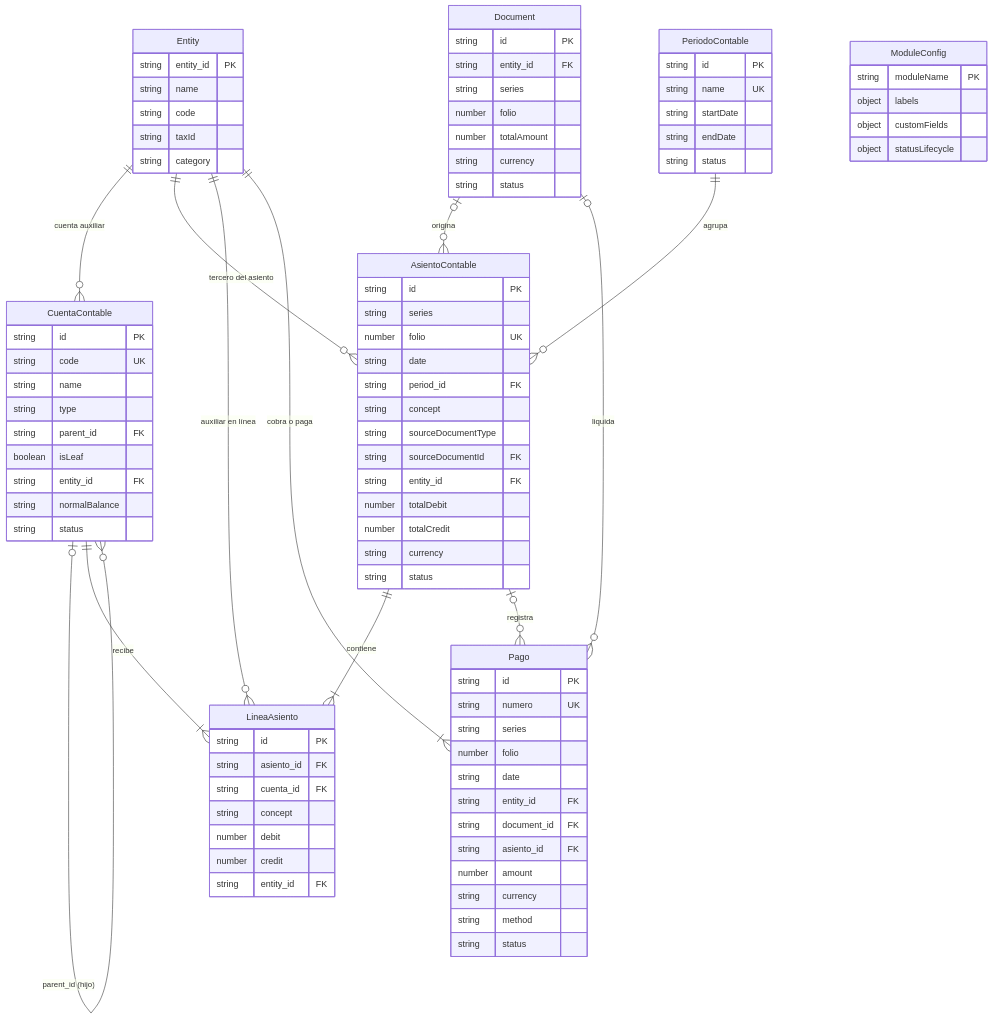
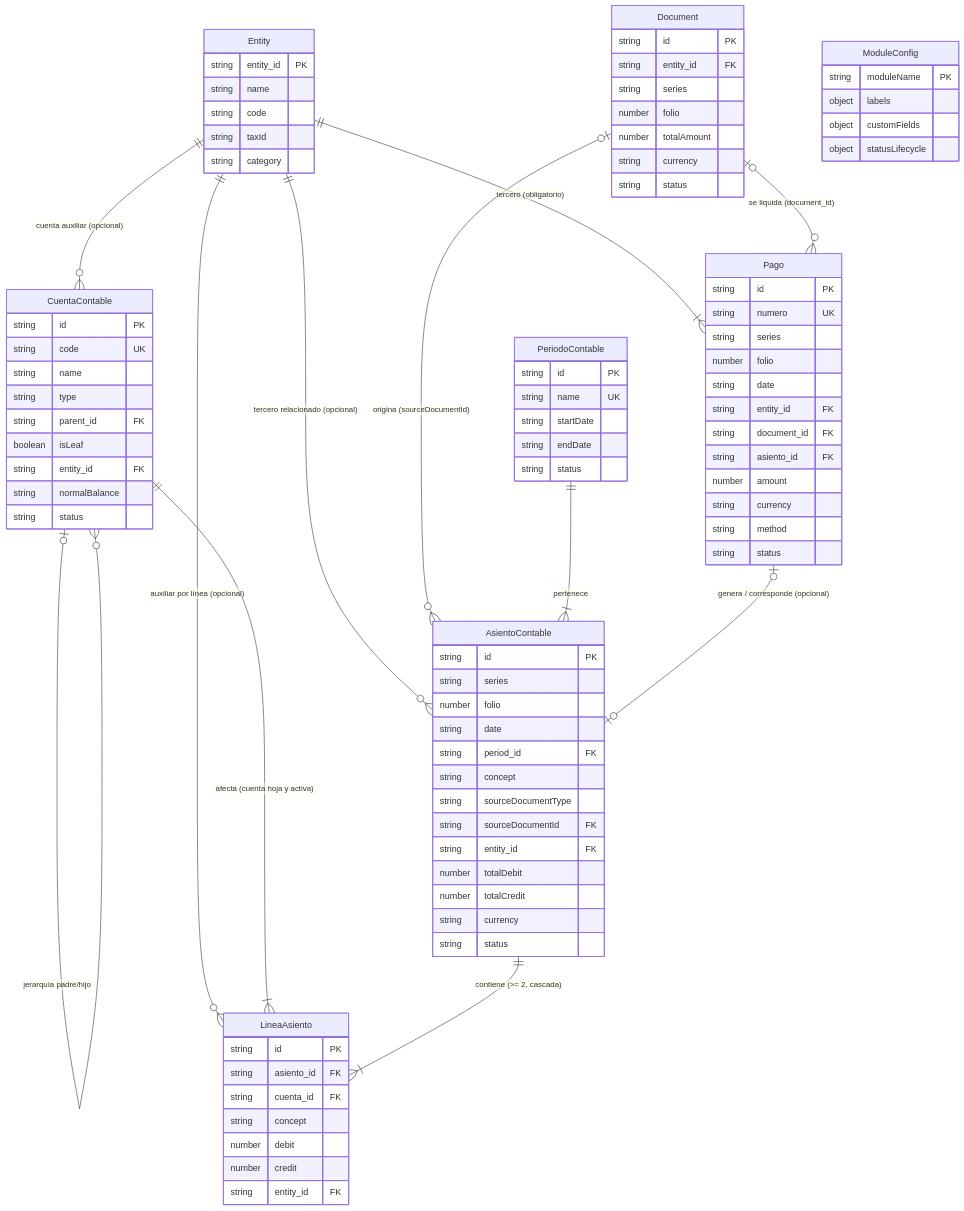
One commit to MDS-BI/Grupo-17 changed the diagram in specs/002-contabilidad-finanzas/er-diagram.md. Above: the diagram before and after it, drawn with Mermaid. The commit also changed other lines of this file and 2 other files, not shown here.

Commit message:
feat: agregar diagrama entidad-relacion para contabilidad

````diff
--- a/specs/002-contabilidad-finanzas/er-diagram.md
+++ b/specs/002-contabilidad-finanzas/er-diagram.md
@@ -7,16 +11,16 @@
 ```mermaid
 erDiagram
-    Entity ||--o{ CuentaContable : "cuenta auxiliar"
-    Entity ||--o{ AsientoContable : "tercero del asiento"
-    Entity ||--o{ LineaAsiento : "auxiliar en línea"
-    Entity ||--|{ Pago : "cobra o paga"
-    Document |o--o{ AsientoContable : "origina"
-    Document |o--o{ Pago : "liquida"
-    PeriodoContable ||--o{ AsientoContable : "agrupa"
-    CuentaContable |o--o{ CuentaContable : "parent_id (hijo)"
-    CuentaContable ||--|{ LineaAsiento : "recibe"
-    AsientoContable ||--|{ LineaAsiento : "contiene"
-    AsientoContable |o--o{ Pago : "registra"
+    Entity ||--o{ CuentaContable : "cuenta auxiliar (opcional)"
+    Entity ||--o{ AsientoContable : "tercero relacionado (opcional)"
+    Entity ||--o{ LineaAsiento : "auxiliar por línea (opcional)"
+    Entity ||--|{ Pago : "tercero (obligatorio)"
+    Document |o--o{ AsientoContable : "origina (sourceDocumentId)"
+    Document |o--o{ Pago : "se liquida (document_id)"
+    PeriodoContable ||--|{ AsientoContable : "pertenece"
+    CuentaContable |o--o{ CuentaContable : "jerarquía padre/hijo"
+    CuentaContable ||--|{ LineaAsiento : "afecta (cuenta hoja y activa)"
+    AsientoContable ||--|{ LineaAsiento : "contiene (>= 2, cascada)"
+    Pago |o--o| AsientoContable : "genera / corresponde (opcional)"
 
     Entity {
         string entity_id PK
@@ -61,7 +65,7 @@
     AsientoContable {
         string id PK
         string series
-        number folio UK
+        number folio
         string date
         string period_id FK
         string concept
````
